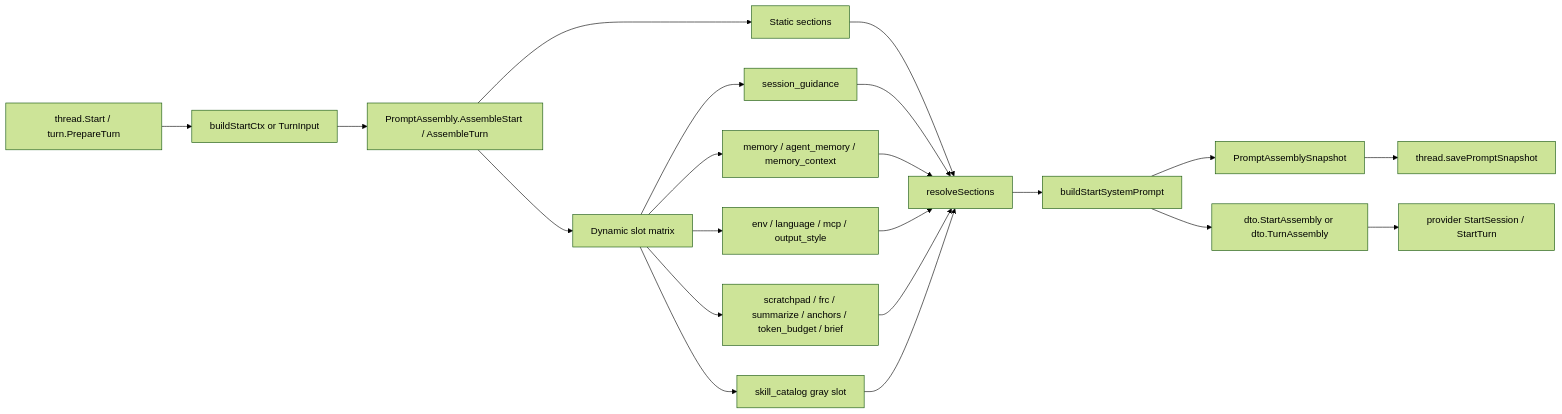
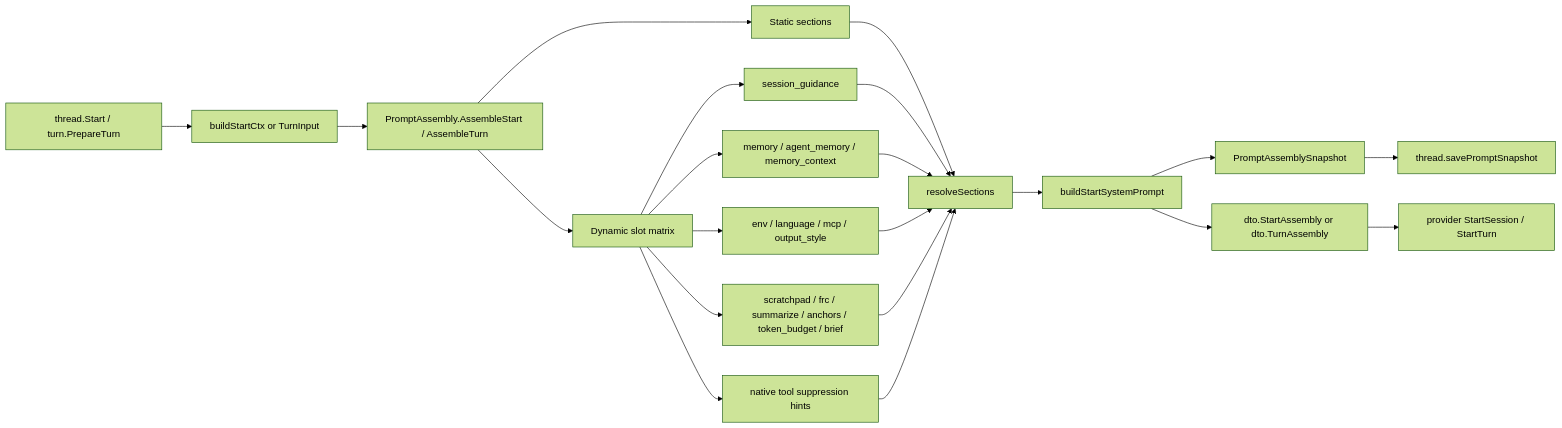
Before and after one commit to lihah111222333-cloud/Super-Dolphin-Agent-Cockpit: the first of 3 diagrams in docs/doc/codemap/11-prompt-thread.md, drawn with Mermaid (forest theme). The commit also changed other lines of this file and 267 other files, not shown here.

Commit message:
feat(skill): land provider-native skill v1

````diff
--- a/docs/doc/codemap/11-prompt-thread.md
+++ b/docs/doc/codemap/11-prompt-thread.md
@@ -1258,23 +1209,23 @@
 ```mermaid
 flowchart LR
   A[thread.Start / turn.PrepareTurn] --> B[buildStartCtx or TurnInput]
   B --> C[PromptAssembly.AssembleStart / AssembleTurn]
   C --> D[Static sections]
   C --> E[Dynamic slot matrix]
   E --> E1[session_guidance]
   E --> E2[memory / agent_memory / memory_context]
   E --> E3[env / language / mcp / output_style]
   E --> E4[scratchpad / frc / summarize / anchors / token_budget / brief]
-  E --> E5[skill_catalog gray slot]
+  E --> E5[native tool suppression hints]
   D --> F[resolveSections]
   E1 --> F
   E2 --> F
   E3 --> F
   E4 --> F
   E5 --> F
   F --> G[buildStartSystemPrompt]
   G --> H[PromptAssemblySnapshot]
   H --> I[thread.savePromptSnapshot]
   G --> J[dto.StartAssembly or dto.TurnAssembly]
   J --> K[provider StartSession / StartTurn]
 ```
````
